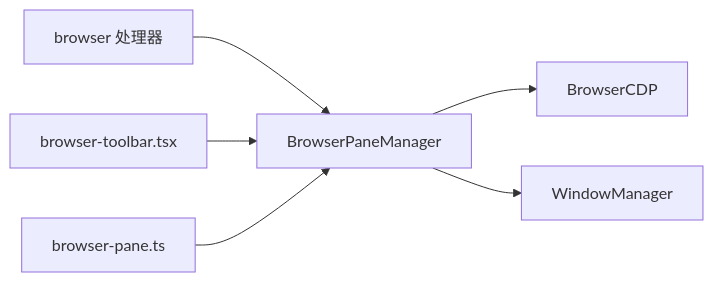
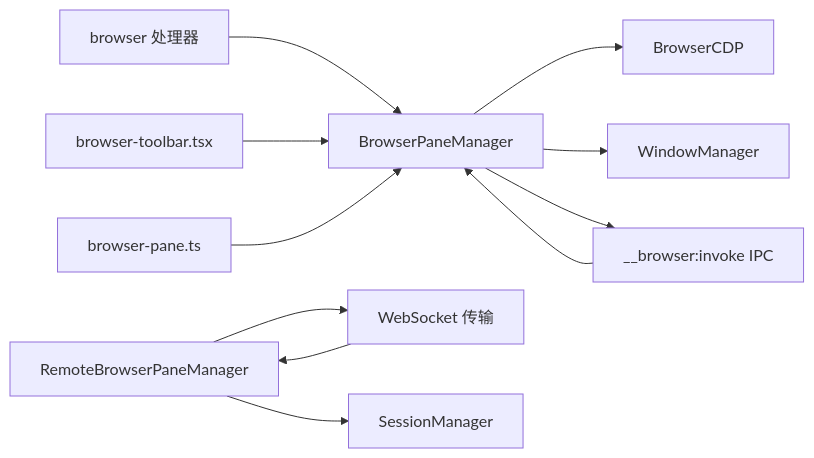
The seventh of 7 diagrams in .qoder/repowiki/zh/content/桌面应用开发/Electron 主进程开发/窗口管理系统/浏览器窗格管理.md (haolange/craft-agents-oss), drawn with Mermaid before and after one commit. The commit also changed other lines of this file and 5 other files, not shown here.

````diff
--- a/.qoder/repowiki/zh/content/桌面应用开发/Electron 主进程开发/窗口管理系统/浏览器窗格管理.md
+++ b/.qoder/repowiki/zh/content/桌面应用开发/Electron 主进程开发/窗口管理系统/浏览器窗格管理.md
@@ -306,8 +525,13 @@
 ```mermaid
 graph LR
 BPM["BrowserPaneManager"] --> CDP["BrowserCDP"]
 BPM --> WM["WindowManager"]
+BPM --> IPC["__browser:invoke IPC"]
+RBPM["RemoteBrowserPaneManager"] --> WS["WebSocket 传输"]
+RBPM --> SM["SessionManager"]
+IPC --> BPM
+WS --> RBPM
 H["browser 处理器"] --> BPM
 RT["browser-toolbar.tsx"] --> BPM
 RA["browser-pane.ts"] --> BPM
 ```
````
